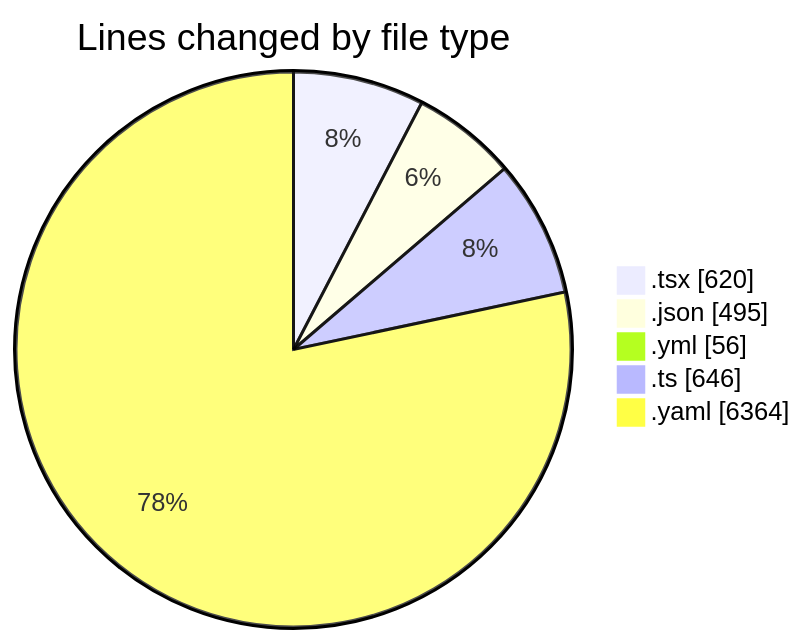
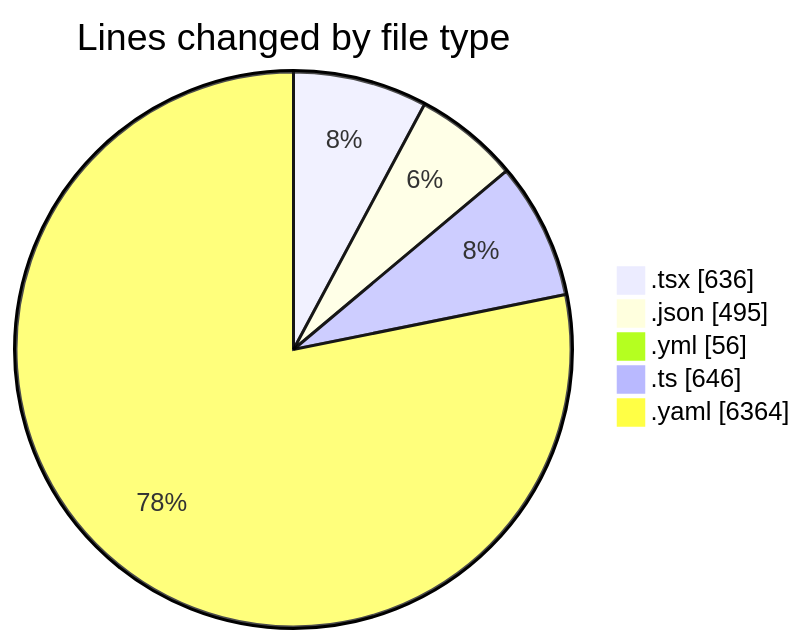
The first of 2 diagrams in 2025-11-27/eventscop-frontend-guide__workspace_/README.md (julien-gomy/code-tracking), drawn with Mermaid before and after one commit. The commit also changed other lines of this file and 1 other file, not shown here.

````diff
--- a/2025-11-27/eventscop-frontend-guide__workspace_/README.md
+++ b/2025-11-27/eventscop-frontend-guide__workspace_/README.md
@@ -39,9 +40,9 @@
 ```mermaid
 pie showData
 title Lines changed by file type
-".tsx" : 620
+".tsx" : 636
 ".json" : 495
 ".yml" : 56
 ".ts" : 646
 ".yaml" : 6364
 ```
````
